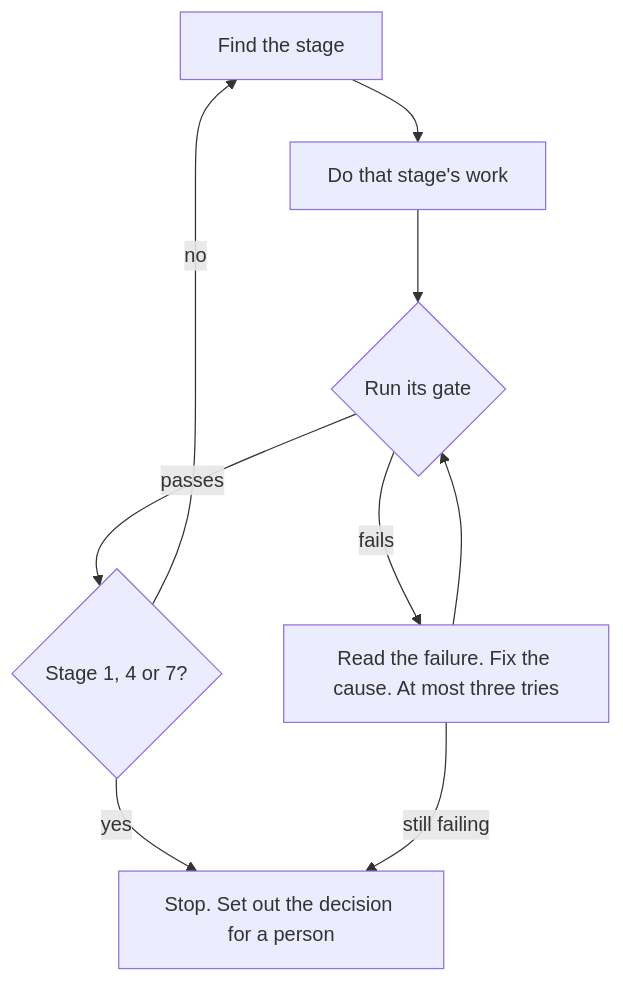
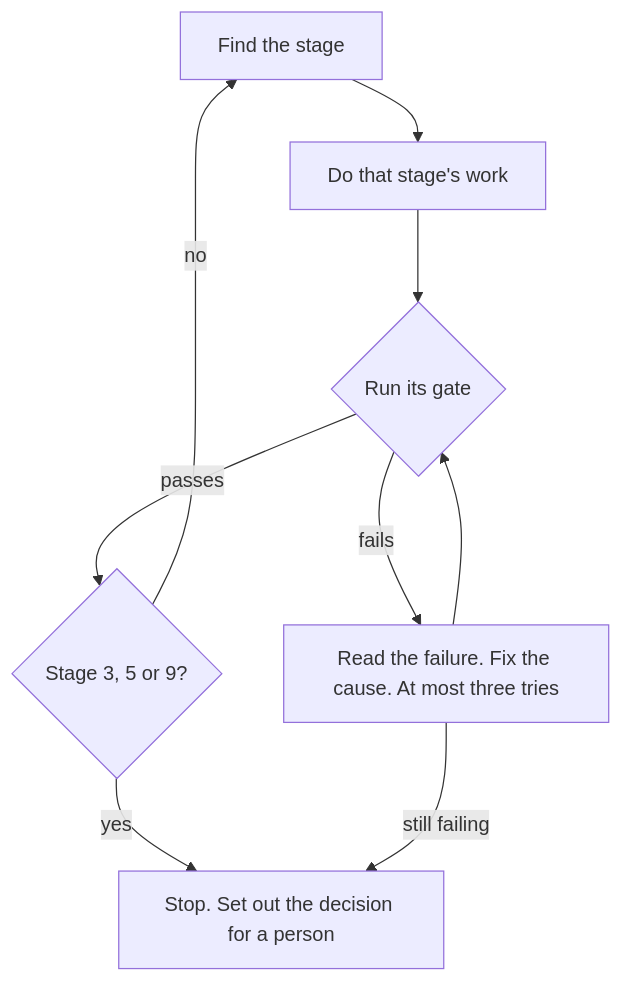
One commit to bar181/practical-ai changed the diagram in drafts/project-method/level-2/README.md. Above: the diagram before and after it, drawn with Mermaid. The commit also changed other lines of this file and 39 other files, not shown here.

````diff
--- a/drafts/project-method/level-2/README.md
+++ b/drafts/project-method/level-2/README.md
@@ -22,11 +24,11 @@
 ```mermaid
 flowchart TD
   S[Find the stage] --> W[Do that stage's work]
   W --> G{Run its gate}
   G -- fails --> F[Read the failure. Fix the cause. At most three tries]
   F --> G
-  G -- passes --> H{Stage 1, 4 or 7?}
+  G -- passes --> H{Stage 3, 5 or 9?}
   H -- yes --> P[Stop. Set out the decision for a person]
   H -- no --> S
   F -- still failing --> P
 ```
````
